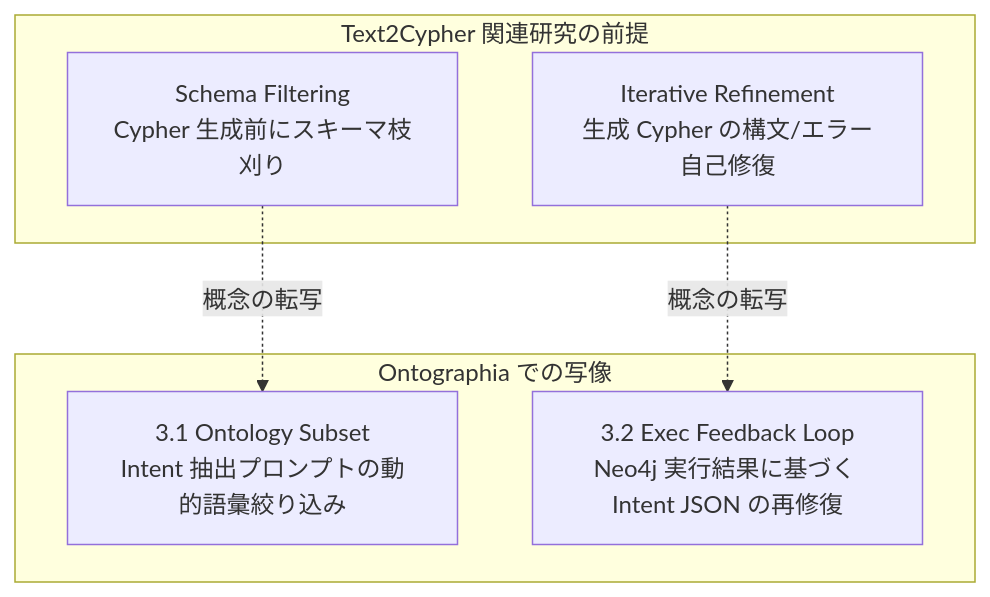
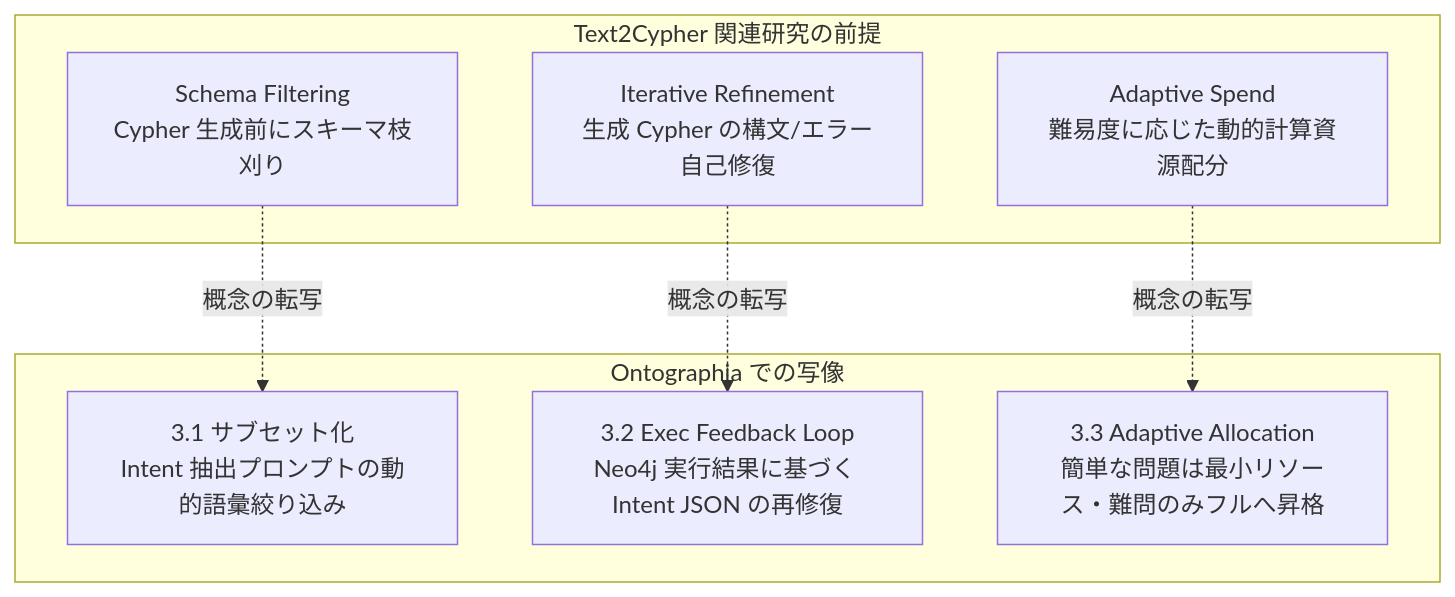
Before and after one commit to yohei1126/zenn: the diagram in articles/2026-09-08-ontographia-intent-first-design.md, drawn with Mermaid. The commit also changed other lines of this file and 4 other files, not shown here.

````diff
--- a/articles/2026-09-08-ontographia-intent-first-design.md
+++ b/articles/2026-09-08-ontographia-intent-first-design.md
@@ -138,15 +138,18 @@
 ```mermaid
 flowchart TB
     subgraph Related [Text2Cypher 関連研究の前提]
         SF[Schema Filtering<br>Cypher 生成前にスキーマ枝刈り]
         IR[Iterative Refinement<br>生成 Cypher の構文/エラー自己修復]
+        AS[Adaptive Spend<br>難易度に応じた動的計算資源配分]
     end
 
     subgraph Ontographia [Ontographia での写像]
-        Sub[3.1 Ontology Subset<br>Intent 抽出プロンプトの動的語彙絞り込み]
+        Sub[3.1 サブセット化<br>Intent 抽出プロンプトの動的語彙絞り込み]
         Ref[3.2 Exec Feedback Loop<br>Neo4j 実行結果に基づく Intent JSON の再修復]
+        Ada[3.3 Adaptive Allocation<br>簡単な問題は最小リソース・難問のみフルへ昇格]
     end
 
     SF -.->|概念の転写| Sub
     IR -.->|概念の転写| Ref
+    AS -.->|概念の転写| Ada
 ```
````
